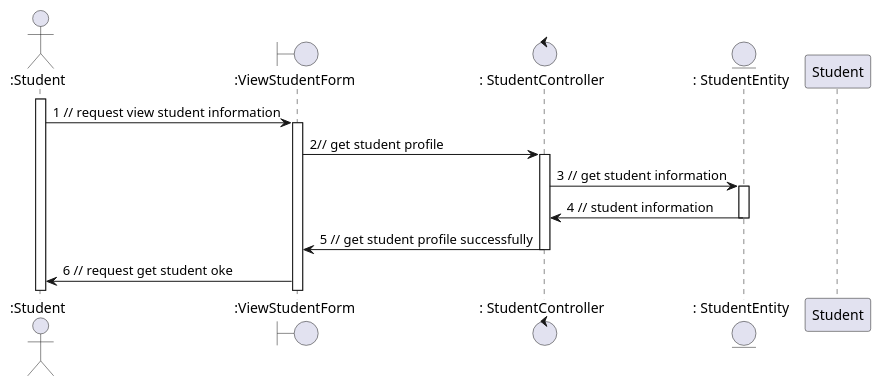
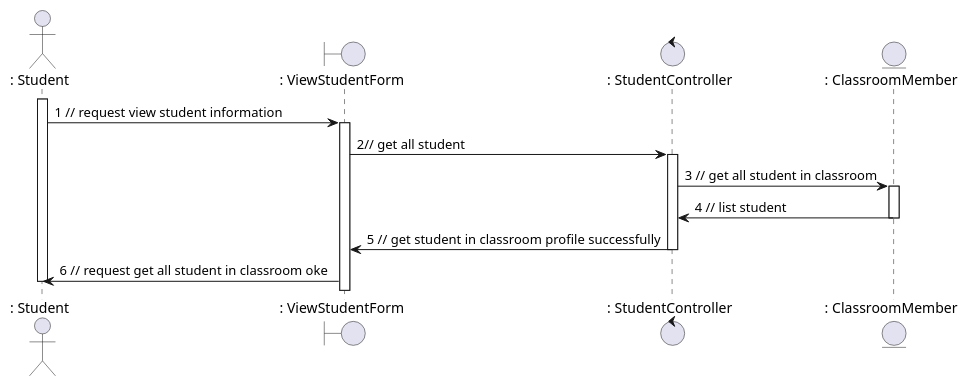
One commit to anonyhostvn/OOAD-Diagram changed the diagram in sequence - analaysis/student /viewStudent.plantuml. Above: the diagram before and after it, drawn with PlantUML. The commit also changed 13 other files, not shown here.

```diff
--- a/sequence - analaysis/student /viewStudent.plantuml
+++ b/sequence - analaysis/student /viewStudent.plantuml
@@ -1,22 +1,22 @@
 @startuml viewStudent
 
-actor ":Student"
-boundary ":ViewStudentForm"
+actor ": Student"
+boundary ": ViewStudentForm"
 control ": StudentController"
-entity ": StudentEntity"
+entity ": ClassroomMember"
 
-activate ":Student"
-":Student" -> ":ViewStudentForm": 1 // request view student information
-activate ":ViewStudentForm"
-":ViewStudentForm" -> ": StudentController": 2// get student profile
+activate ": Student"
+": Student" -> ": ViewStudentForm": 1 // request view student information
+activate ": ViewStudentForm"
+": ViewStudentForm" -> ": StudentController": 2// get all student
 activate ": StudentController"
-": StudentController" -> ": StudentEntity": 3 // get student information
-activate ": StudentEntity"
-": StudentEntity" -> ": StudentController": 4 // student information
-deactivate ": StudentEntity"
-": StudentController" -> ":ViewStudentForm": 5 // get student profile successfully
+": StudentController" -> ": ClassroomMember": 3 // get all student in classroom
+activate ": ClassroomMember"
+": ClassroomMember" -> ": StudentController": 4 // list student
+deactivate ": ClassroomMember"
+": StudentController" -> ": ViewStudentForm": 5 // get student in classroom profile successfully
 deactivate ": StudentController"
-":ViewStudentForm" -> ":Student": 6 // request get student oke
-deactivate "Student"
+": ViewStudentForm" -> ": Student": 6 // request get all student in classroom oke
+deactivate ": Student"
 
 @enduml
```
